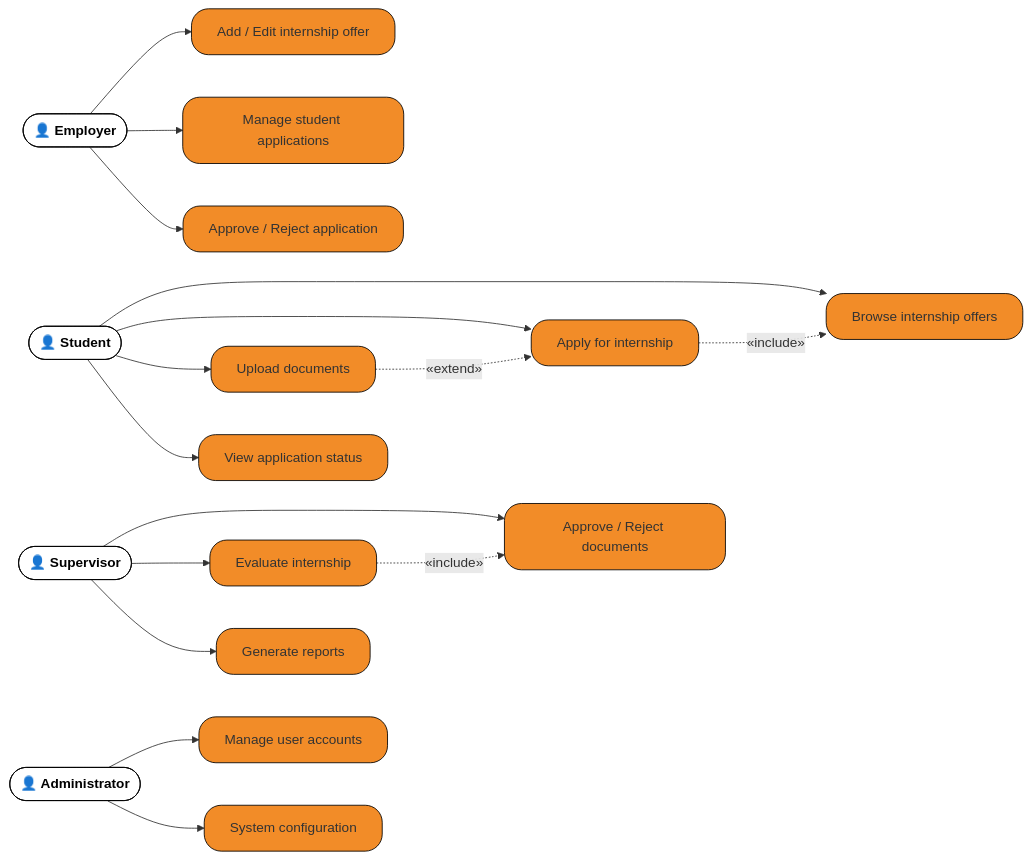
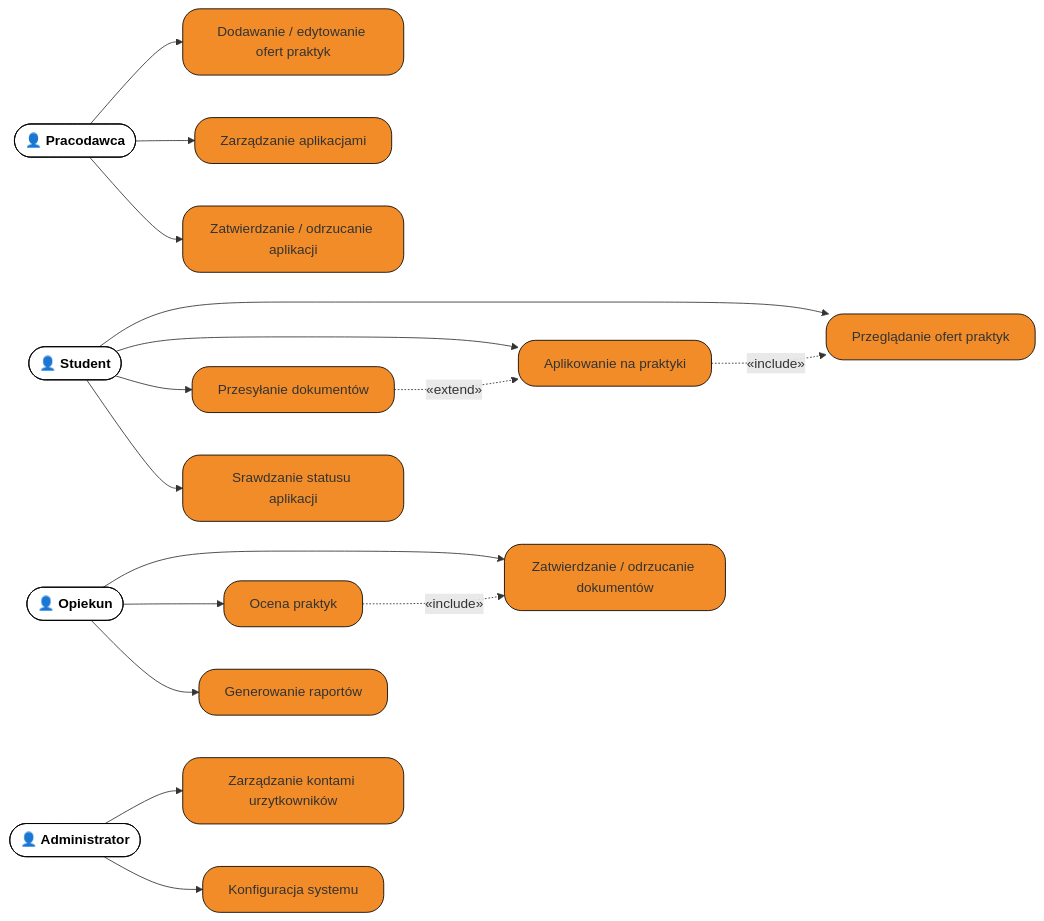
The first of 2 diagrams in specyfikacja-praktyki.md (ZPZProject/InternLink), drawn with Mermaid before and after one commit. The commit also changed other lines of this file, not shown here.

Commit message:
Update internship specification

````diff
--- a/specyfikacja-praktyki.md
+++ b/specyfikacja-praktyki.md
@@ -62,57 +62,57 @@
 ```mermaid
 graph LR
     %% STYLE
     classDef actor fill:#ffffff,stroke:#000,color:#000,font-weight:bold;
     classDef usecase fill:#f28c28,stroke:#000,rx:20,ry:20;
 
     %% ACTORS
     Student(["👤 Student"]):::actor
-    Employer(["👤 Employer"]):::actor
-    Supervisor(["👤 Supervisor"]):::actor
+    Employer(["👤 Pracodawca"]):::actor
+    Supervisor(["👤 Opiekun"]):::actor
     Admin(["👤 Administrator"]):::actor
 
     %% STUDENT USE CASES
-    UC1["Browse internship offers"]:::usecase
-    UC2["Apply for internship"]:::usecase
-    UC3["Upload documents"]:::usecase
-    UC4["View application status"]:::usecase
+    UC1["Przeglądanie ofert praktyk"]:::usecase
+    UC2["Aplikowanie na praktyki"]:::usecase
+    UC3["Przesyłanie dokumentów"]:::usecase
+    UC4["Srawdzanie statusu aplikacji"]:::usecase
 
     %% EMPLOYER USE CASES
-    UC5["Add / Edit internship offer"]:::usecase
-    UC6["Manage student applications"]:::usecase
-    UC7["Approve / Reject application"]:::usecase
+    UC5["Dodawanie / edytowanie ofert praktyk"]:::usecase
+    UC6["Zarządzanie aplikacjami"]:::usecase
+    UC7["Zatwierdzanie / odrzucanie aplikacji"]:::usecase
 
     %% SUPERVISOR USE CASES
-    UC8["Approve / Reject documents"]:::usecase
-    UC9["Evaluate internship"]:::usecase
-    UC10["Generate reports"]:::usecase
+    UC8["Zatwierdzanie / odrzucanie dokumentów"]:::usecase
+    UC9["Ocena praktyk"]:::usecase
+    UC10["Generowanie raportów"]:::usecase
 
     %% ADMINISTRATOR USE CASES
-    UC11["Manage user accounts"]:::usecase
-    UC12["System configuration"]:::usecase
+    UC11["Zarządzanie kontami urzytkowników"]:::usecase
+    UC12["Konfiguracja systemu"]:::usecase
 
     %% RELATIONS — STUDENT
     Student --> UC1
     Student --> UC2
     Student --> UC3
     Student --> UC4
 
     %% RELATIONS — EMPLOYER
     Employer --> UC5
     Employer --> UC6
     Employer --> UC7
 
     %% RELATIONS — SUPERVISOR
     Supervisor --> UC8
     Supervisor --> UC9
     Supervisor --> UC10
 
     %% RELATIONS — ADMINISTRATOR
     Admin --> UC11
     Admin --> UC12
 
     %% CONNECTIONS BETWEEN USE CASES
     UC2 -. «include» .-> UC1
     UC3 -. «extend» .-> UC2
     UC9 -. «include» .-> UC8
 ```
````
